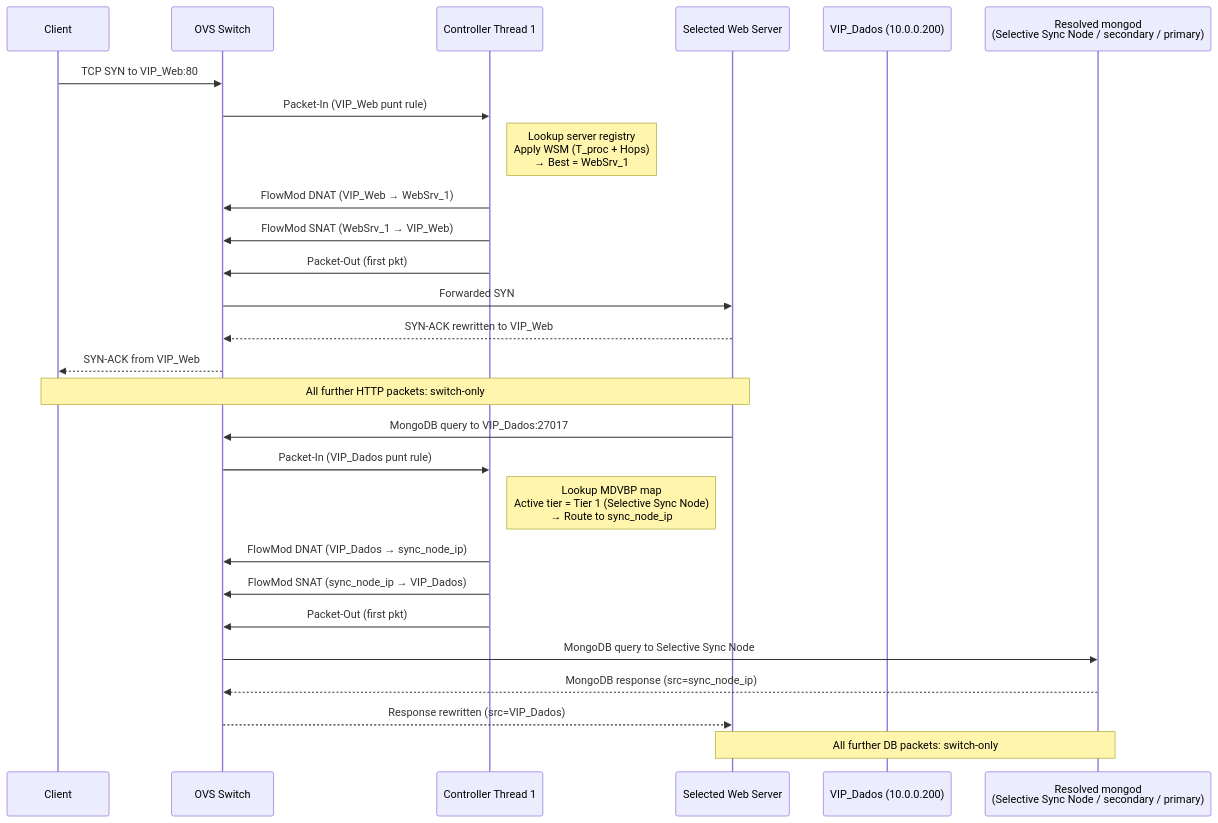
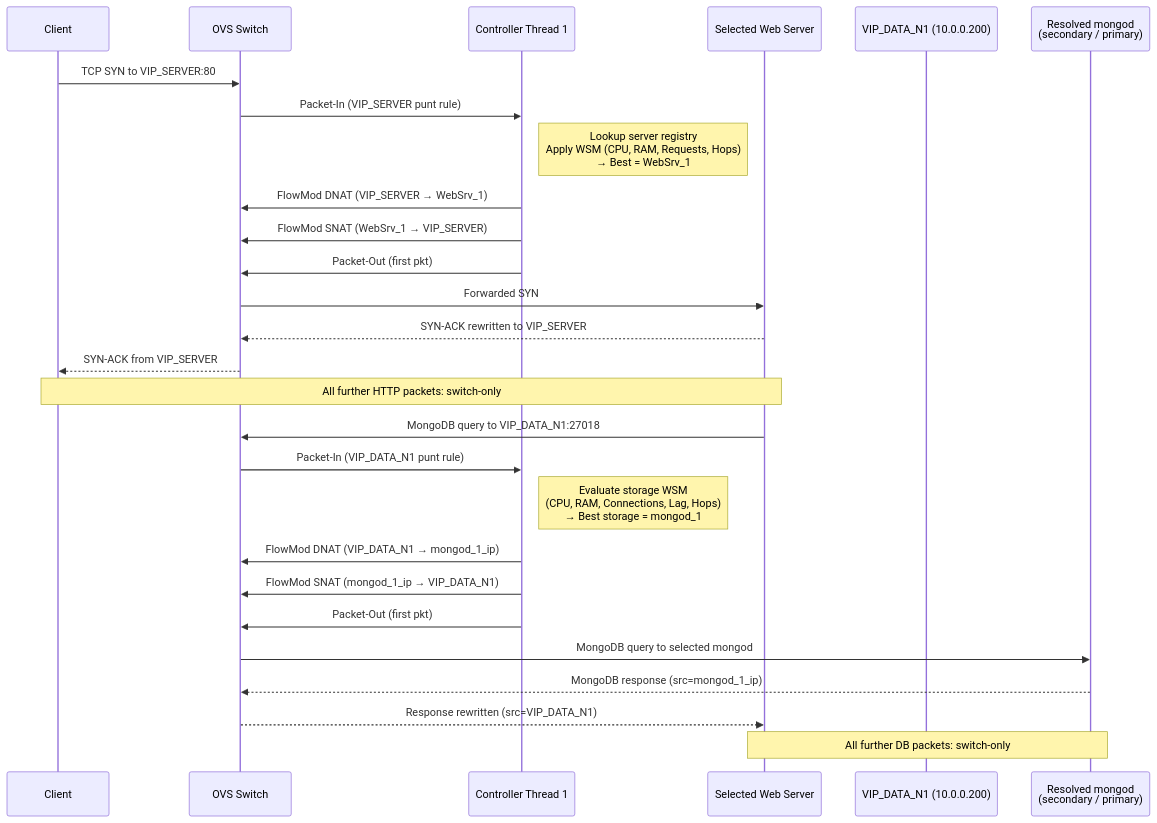
Before and after one commit to poioe20p/efficient-storage-in-edge-scenarios: the second of 21 diagrams in docs/operation/system_scenarios.md, drawn with Mermaid. The commit also changed other lines of this file and 28 other files, not shown here.

Commit message:
- setup testing workload - setup http request with connection to db (made some fixes) wrong port and etc - controller was able to vip route both client http to server and server mongodb to db

````diff
--- a/docs/operation/system_scenarios.md
+++ b/docs/operation/system_scenarios.md
@@ -31,31 +31,31 @@
 ```mermaid
 sequenceDiagram
     participant Client
     participant OVS as OVS Switch
     participant T1 as Controller Thread 1
     participant WebSrv as Selected Web Server
-    participant VIPd as VIP_Dados (10.0.0.200)
-    participant Mongo as Resolved mongod<br/>(Selective Sync Node / secondary / primary)
+    participant VIPd as VIP_DATA_N1 (10.0.0.200)
+    participant Mongo as Resolved mongod<br/>(secondary / primary)
 
-    Client->>OVS: TCP SYN to VIP_Web:80
-    OVS->>T1: Packet-In (VIP_Web punt rule)
-    Note right of T1: Lookup server registry<br/>Apply WSM (T_proc + Hops)<br/>→ Best = WebSrv_1
-    T1->>OVS: FlowMod DNAT (VIP_Web → WebSrv_1)
-    T1->>OVS: FlowMod SNAT (WebSrv_1 → VIP_Web)
+    Client->>OVS: TCP SYN to VIP_SERVER:80
+    OVS->>T1: Packet-In (VIP_SERVER punt rule)
+    Note right of T1: Lookup server registry<br/>Apply WSM (CPU, RAM, Requests, Hops)<br/>→ Best = WebSrv_1
+    T1->>OVS: FlowMod DNAT (VIP_SERVER → WebSrv_1)
+    T1->>OVS: FlowMod SNAT (WebSrv_1 → VIP_SERVER)
     T1->>OVS: Packet-Out (first pkt)
     OVS->>WebSrv: Forwarded SYN
-    WebSrv-->>OVS: SYN-ACK rewritten to VIP_Web
-    OVS-->>Client: SYN-ACK from VIP_Web
+    WebSrv-->>OVS: SYN-ACK rewritten to VIP_SERVER
+    OVS-->>Client: SYN-ACK from VIP_SERVER
     Note over Client,WebSrv: All further HTTP packets: switch-only
 
-    WebSrv->>OVS: MongoDB query to VIP_Dados:27017
-    OVS->>T1: Packet-In (VIP_Dados punt rule)
-    Note right of T1: Lookup MDVBP map<br/>Active tier = Tier 1 (Selective Sync Node)<br/>→ Route to sync_node_ip
-    T1->>OVS: FlowMod DNAT (VIP_Dados → sync_node_ip)
-    T1->>OVS: FlowMod SNAT (sync_node_ip → VIP_Dados)
+    WebSrv->>OVS: MongoDB query to VIP_DATA_N1:27018
+    OVS->>T1: Packet-In (VIP_DATA_N1 punt rule)
+    Note right of T1: Evaluate storage WSM<br/>(CPU, RAM, Connections, Lag, Hops)<br/>→ Best storage = mongod_1
+    T1->>OVS: FlowMod DNAT (VIP_DATA_N1 → mongod_1_ip)
+    T1->>OVS: FlowMod SNAT (mongod_1_ip → VIP_DATA_N1)
     T1->>OVS: Packet-Out (first pkt)
-    OVS->>Mongo: MongoDB query to Selective Sync Node
-    Mongo-->>OVS: MongoDB response (src=sync_node_ip)
-    OVS-->>WebSrv: Response rewritten (src=VIP_Dados)
+    OVS->>Mongo: MongoDB query to selected mongod
+    Mongo-->>OVS: MongoDB response (src=mongod_1_ip)
+    OVS-->>WebSrv: Response rewritten (src=VIP_DATA_N1)
     Note over WebSrv,Mongo: All further DB packets: switch-only
 ```
````
